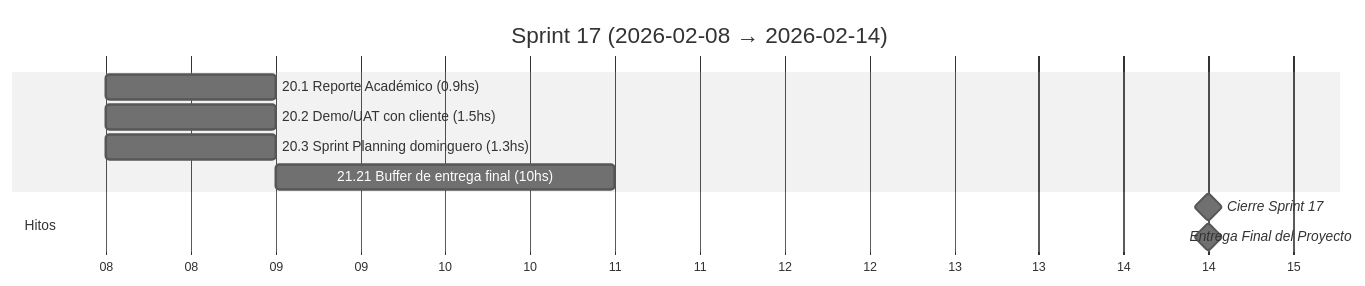
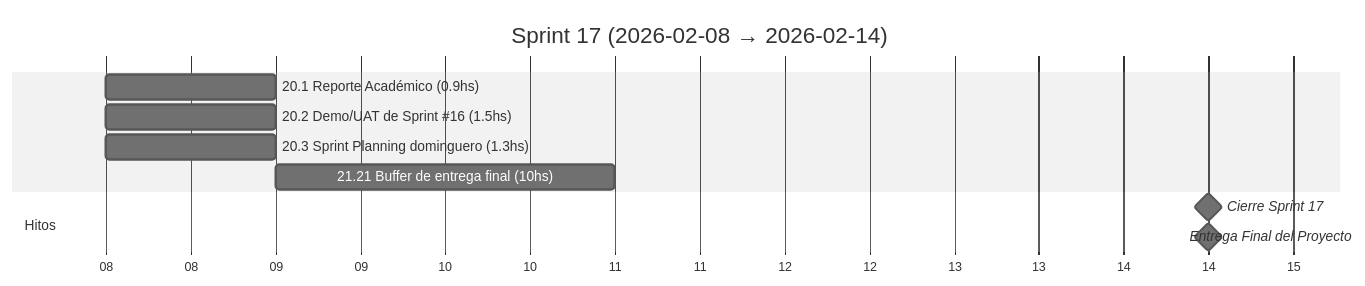
Before and after one commit to MarkMed/FleetMan: diagram 18 of 19 in docs/SprintsGantts.md, drawn with Mermaid (neutral theme). The commit also changed other lines of this file and 2 other files, not shown here.

Commit message:
feat: Update Sprint planning for sprint 11 and update Gantt charts

````diff
--- a/docs/SprintsGantts.md
+++ b/docs/SprintsGantts.md
@@ -500,17 +504,17 @@
 ```mermaid
 gantt
   title Sprint 17 (2026-02-08 → 2026-02-14)
   dateFormat  YYYY-MM-DD
   axisFormat  %d
 
   %% Asumimos 5 h/día. Horas estimadas incluidas en el nombre.
 
   20.1 Reporte Académico (0.9hs)               :t201, 2026-02-08, 1d
-  20.2 Demo/UAT con cliente (1.5hs)            :t202, 2026-02-08, 1d
+  20.2 Demo/UAT de Sprint #16 (1.5hs)          :t202, 2026-02-08, 1d
   20.3 Sprint Planning dominguero (1.3hs)      :t203, 2026-02-08, 1d
   21.21 Buffer de entrega final (10hs)         :t2121, after t203, 2d
 
   section Hitos
   Cierre Sprint 17                             :milestone, s17, 2026-02-14, 1d
   Entrega Final del Proyecto                    :milestone, acadfinal, 2026-02-14, 1d
 ```
````
